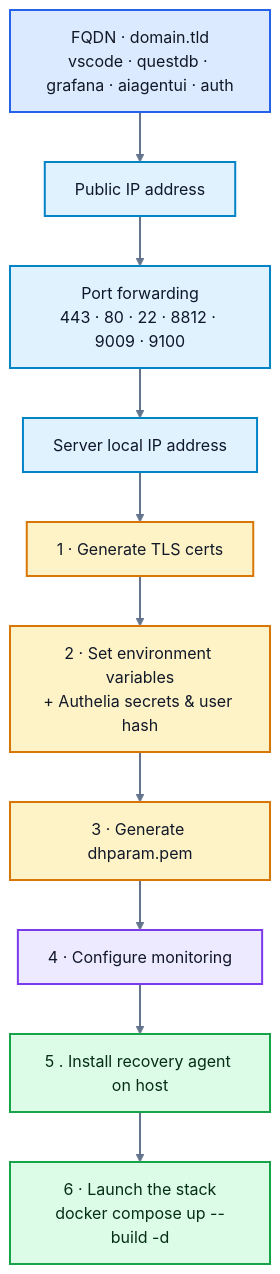
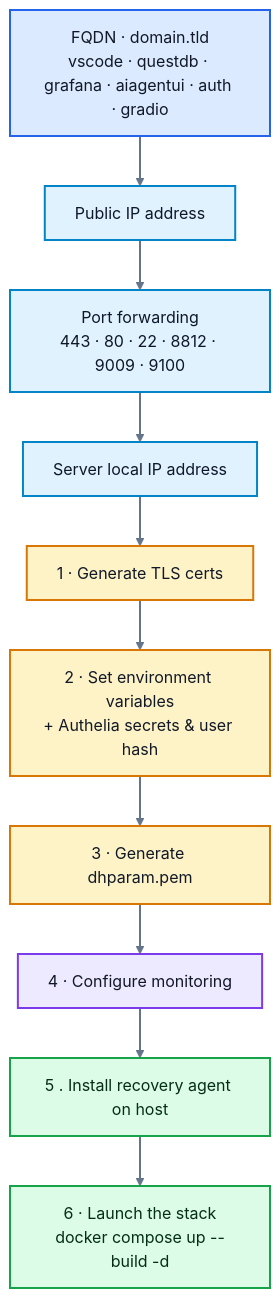
One commit to quantiota/AI-Agent-Lab changed the diagram in docker/README.md. Above: the diagram before and after it, drawn with Mermaid. The commit also changed other lines of this file, not shown here.

````diff
--- a/docker/README.md
+++ b/docker/README.md
@@ -299,26 +299,26 @@
 ```mermaid
 flowchart TD
-    A["FQDN · domain.tld<br/>vscode · questdb · grafana · aiagentui · auth"] --> B["Public IP address"]
+    A["FQDN · domain.tld<br/>vscode · questdb · grafana · aiagentui · auth · gradio"] --> B["Public IP address"]
     B --> C["Port forwarding<br/>443 · 80 · 22 · 8812 · 9009 · 9100"]
     C --> D["Server local IP address"]
     D --> E["1 · Generate TLS certs"]
     E --> F["2 · Set environment variables<br/>+ Authelia secrets & user hash"]
     F --> G["3 · Generate dhparam.pem"]
     G --> H["4 · Configure monitoring"]
     H --> I["5 . Install recovery agent on host<br/>"]
     I --> J["6 · Launch the stack<br/>docker compose up --build -d"]
 
     classDef dns fill:#DBEAFE,stroke:#2563EB,stroke-width:2px,color:#111827;
     classDef network fill:#E0F2FE,stroke:#0284C7,stroke-width:2px,color:#0F172A;
     classDef setup fill:#FEF3C7,stroke:#D97706,stroke-width:2px,color:#111827;
     classDef monitor fill:#EDE9FE,stroke:#7C3AED,stroke-width:2px,color:#111827;
     classDef success fill:#DCFCE7,stroke:#16A34A,stroke-width:2px,color:#052E16;
 
     class A dns;
     class B,C,D network;
     class E,F,G setup;
     class H monitor;
     class I,J success;
 
     linkStyle default stroke:#64748B,stroke-width:2px;
 ```
````
